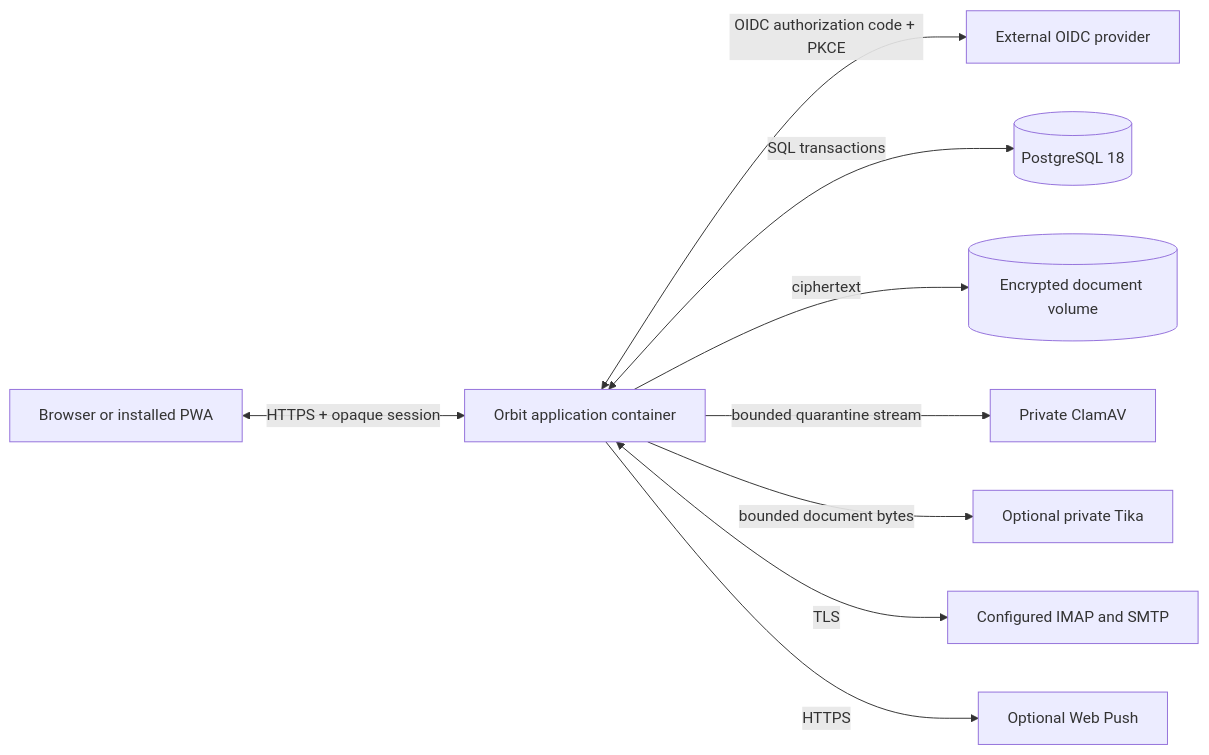
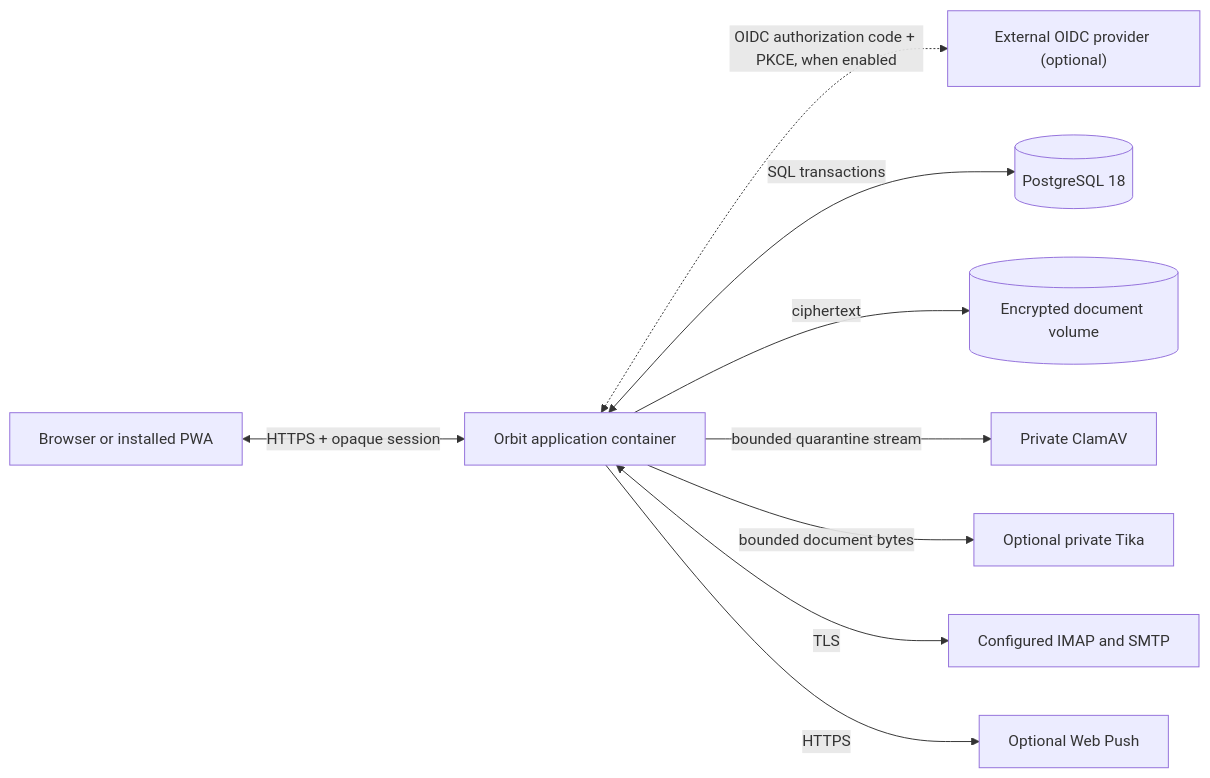
The diagram in docs/architecture.md (tomlawesome/orbit), drawn with Mermaid before and after one commit. The commit also changed other lines of this file and 5 other files, not shown here.

````diff
--- a/docs/architecture.md
+++ b/docs/architecture.md
@@ -9,21 +9,21 @@
 ```mermaid
 flowchart LR
     user["Browser or installed PWA"]
-    oidc["External OIDC provider"]
+    oidc["External OIDC provider (optional)"]
     orbit["Orbit application container"]
     db[("PostgreSQL 18")]
     files[("Encrypted document volume")]
     clamav["Private ClamAV"]
     tika["Optional private Tika"]
     mail["Configured IMAP and SMTP"]
     push["Optional Web Push"]
 
     user <-->|"HTTPS + opaque session"| orbit
-    orbit <-->|"OIDC authorization code + PKCE"| oidc
+    orbit <-.->|"OIDC authorization code + PKCE, when enabled"| oidc
     orbit <-->|"SQL transactions"| db
     orbit -->|"ciphertext"| files
     orbit -->|"bounded quarantine stream"| clamav
     orbit -->|"bounded document bytes"| tika
     orbit <-->|"TLS"| mail
     orbit -->|"HTTPS"| push
 ```
````
